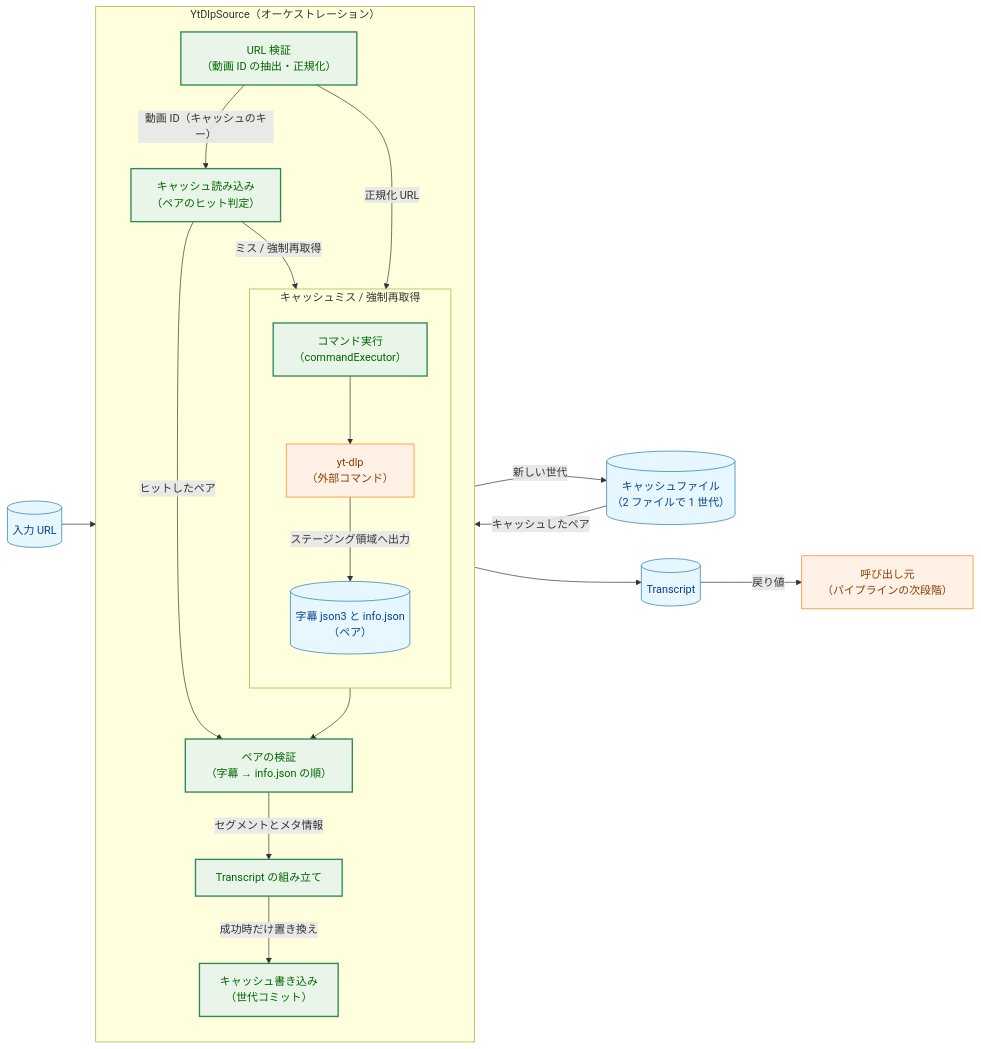
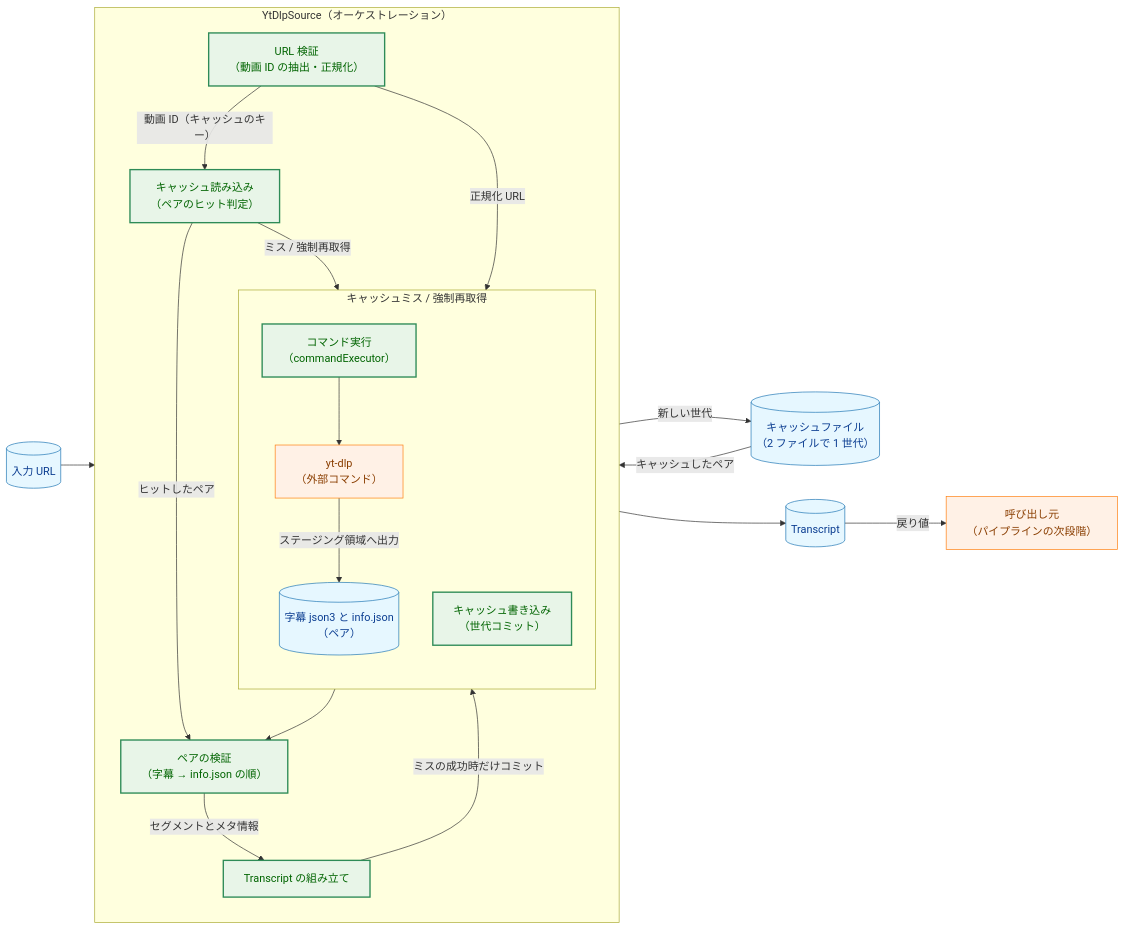
The first of 11 diagrams in docs/tasks/0002_ytdlp_transcript_source/02_architecture.md (isseis/yt2column), drawn with Mermaid before and after one commit. The commit also changed other lines of this file, not shown here.

Commit message:
docs(0002): write the cache only on the miss path in figure 1
A cache hit also assembles and returns a Transcript; only a miss (or
force refresh) commits a new generation. Move the cache-write node into
the miss subgraph, relabel the edge, and state the distinction in the
caption and section 3.5.

````diff
--- a/docs/tasks/0002_ytdlp_transcript_source/02_architecture.md
+++ b/docs/tasks/0002_ytdlp_transcript_source/02_architecture.md
@@ -26,47 +26,47 @@
 ```mermaid
 flowchart LR
     classDef data fill:#e6f7ff,stroke:#1f77b4,stroke-width:1px,color:#0b3d91;
     classDef enhanced fill:#e8f5e8,stroke:#2e8b57,stroke-width:2px,color:#006400;
     classDef process fill:#fff1e6,stroke:#ff7f0e,stroke-width:1px,color:#8a3e00;
 
     URL[("入力 URL")]
 
     subgraph SRC["YtDlpSource（オーケストレーション）"]
         direction TB
         VID["URL 検証<br>（動画 ID の抽出・正規化）"]
         READ["キャッシュ読み込み<br>（ペアのヒット判定）"]
         PARSE["ペアの検証<br>（字幕 → info.json の順）"]
         ASM["Transcript の組み立て"]
-        WRITE["キャッシュ書き込み<br>（世代コミット）"]
 
         subgraph MISS["キャッシュミス / 強制再取得"]
             direction TB
             RUN["コマンド実行<br>（commandExecutor）"]
             YTDLP["yt-dlp<br>（外部コマンド）"]
             PAIR[("字幕 json3 と info.json<br>（ペア）")]
+            WRITE["キャッシュ書き込み<br>（世代コミット）"]
             RUN --> YTDLP
             YTDLP -->|"ステージング領域へ出力"| PAIR
         end
     end
 
     CF[("キャッシュファイル<br>（2 ファイルで 1 世代）")]
     TC[("Transcript")]
     CALLER["呼び出し元<br>（パイプラインの次段階）"]
 
     URL --> VID
     VID -->|"動画 ID（キャッシュのキー）"| READ
     VID -->|"正規化 URL"| RUN
     CF -->|"キャッシュしたペア"| READ
     READ -->|"ヒットしたペア"| PARSE
     READ -->|"ミス / 強制再取得"| RUN
     PAIR --> PARSE
     PARSE -->|"セグメントとメタ情報"| ASM
-    ASM -->|"成功時だけ置き換え"| WRITE
+    ASM -->|"ミスの成功時だけコミット"| WRITE
     WRITE -->|"新しい世代"| CF
     ASM --> TC
     TC -->|"戻り値"| CALLER
 
     class URL,PAIR,CF,TC data
     class VID,READ,PARSE,ASM,WRITE,RUN enhanced
     class YTDLP,CALLER process
 ```
````
